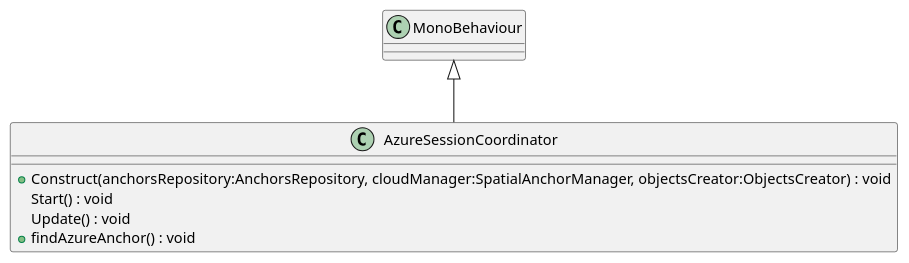
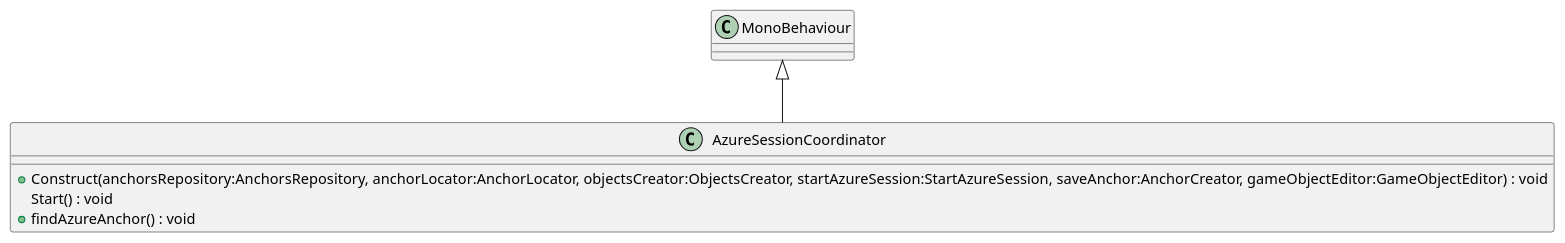
The diagram in UML/Assets/Scripts/AzureSessionCoordinator.puml (DeNatur/ProductionFloorVisualization), drawn with PlantUML before and after one commit. The commit also changed 14 other files, not shown here.

Commit message:
Generate UML (Generate UML)

```diff
--- a/UML/Assets/Scripts/AzureSessionCoordinator.puml
+++ b/UML/Assets/Scripts/AzureSessionCoordinator.puml
@@ -1,9 +1,8 @@
 @startuml
 class AzureSessionCoordinator {
-    + Construct(anchorsRepository:AnchorsRepository, cloudManager:SpatialAnchorManager, objectsCreator:ObjectsCreator) : void
+    + Construct(anchorsRepository:AnchorsRepository, anchorLocator:AnchorLocator, objectsCreator:ObjectsCreator, startAzureSession:StartAzureSession, saveAnchor:AnchorCreator, gameObjectEditor:GameObjectEditor) : void
     Start() : void
-    Update() : void
     + findAzureAnchor() : void
 }
 MonoBehaviour <|-- AzureSessionCoordinator
 @enduml
```
